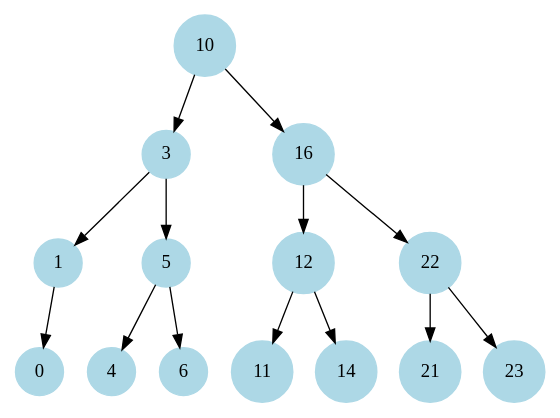
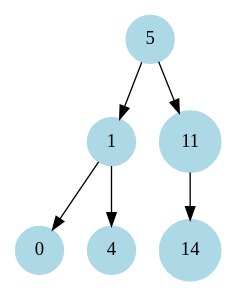
Before and after one commit to Mlvin40/RentaDeActivos: the diagram in cmake-build-debug/arbol.dot, drawn with Graphviz. The commit also changed 32 other files, not shown here.

```diff
--- a/cmake-build-debug/arbol.dot
+++ b/cmake-build-debug/arbol.dot
@@ -1,30 +1,14 @@
 digraph AVL {
     node [shape=circle, style=filled, color=lightblue];
-    "10" [label="10"];
-    "10" -> "3";
-    "3" [label="3"];
-    "3" -> "1";
+    "5" [label="5"];
+    "5" -> "1";
     "1" [label="1"];
     "1" -> "0";
     "0" [label="0"];
-    "3" -> "5";
-    "5" [label="5"];
-    "5" -> "4";
+    "1" -> "4";
     "4" [label="4"];
-    "5" -> "6";
-    "6" [label="6"];
-    "10" -> "16";
-    "16" [label="16"];
-    "16" -> "12";
-    "12" [label="12"];
-    "12" -> "11";
+    "5" -> "11";
     "11" [label="11"];
-    "12" -> "14";
+    "11" -> "14";
     "14" [label="14"];
-    "16" -> "22";
-    "22" [label="22"];
-    "22" -> "21";
-    "21" [label="21"];
-    "22" -> "23";
-    "23" [label="23"];
 }
```
